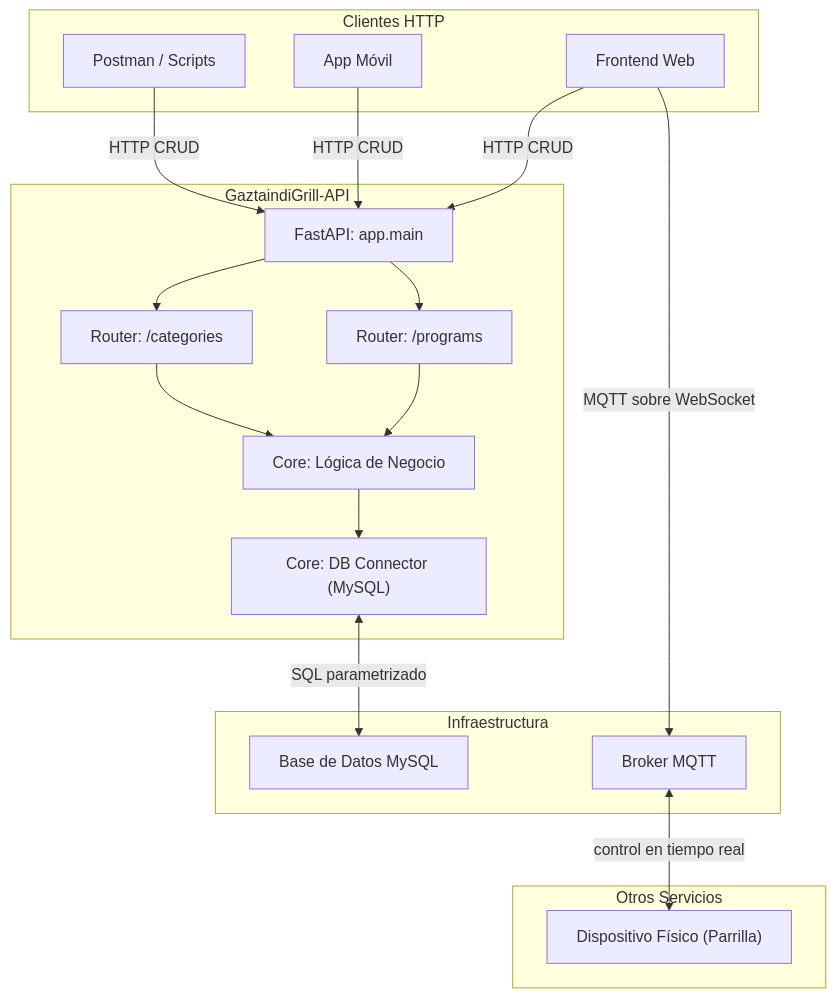
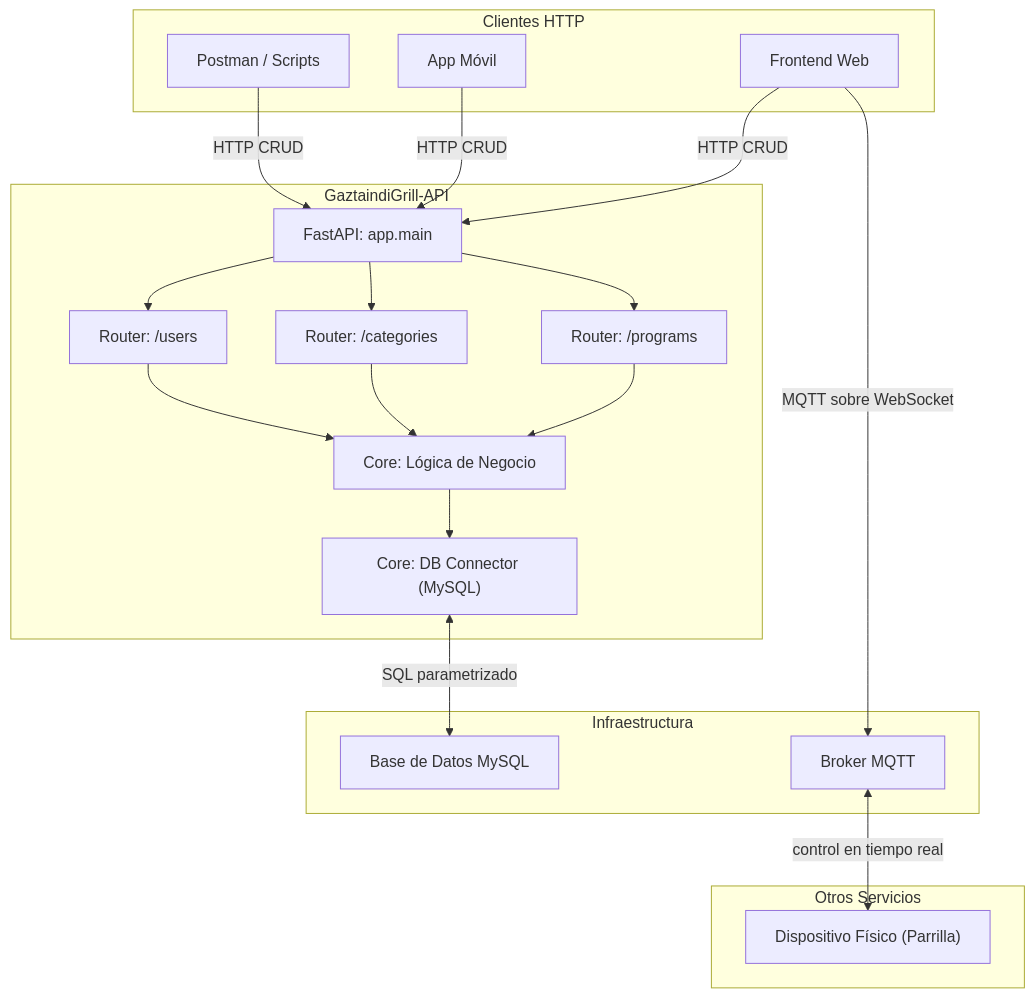
Before and after one commit to izeta8/GaztaindiGrill: the diagram in GaztaindiGrill-API/docs/architecture.md, drawn with Mermaid. The commit also changed other lines of this file and 3 other files, not shown here.

````diff
--- a/GaztaindiGrill-API/docs/architecture.md
+++ b/GaztaindiGrill-API/docs/architecture.md
@@ -15,33 +15,34 @@
 ```mermaid
 graph TD
     subgraph "Clientes HTTP"
         A[Frontend Web]
         B[App Móvil]
         C["Postman / Scripts"]
     end
 
     subgraph "GaztaindiGrill-API"
         D["FastAPI: app.main"]
         E["Router: /programs"]
         F["Router: /categories"]
+        F2["Router: /users"]
         G["Core: Lógica de Negocio"]
         H["Core: DB Connector (MySQL)"]
     end
 
     subgraph "Infraestructura"
         J[Base de Datos MySQL]
         K[Broker MQTT]
     end
     
     subgraph "Otros Servicios"
         L["Dispositivo Físico (Parrilla)"]
     end
 
     A & B & C -->|HTTP CRUD| D
-    D --> E & F
-    E & F --> G
+    D --> E & F & F2
+    E & F & F2 --> G
     G --> H
     H <-->|SQL parametrizado| J
     A -->|MQTT sobre WebSocket| K
     K <-->|"control en tiempo real"| L
 ```
````
